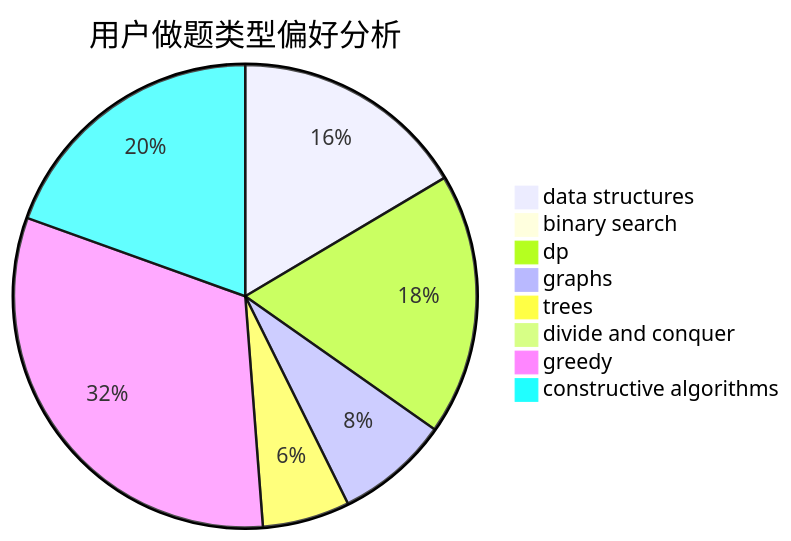
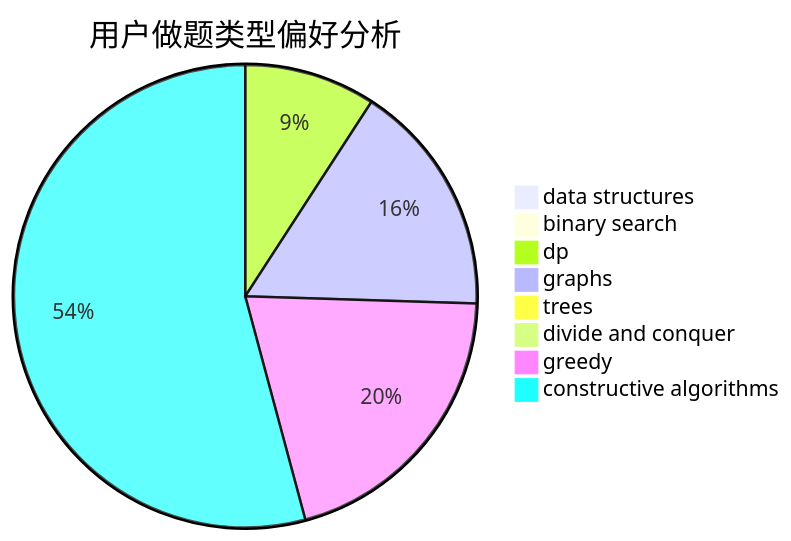
The second of 3 diagrams in docs/user/u1090.md (sherpahu/cfrs.github.io), drawn with Mermaid before and after one commit. The commit also changed other lines of this file and 2770 other files, not shown here.

````diff
--- a/docs/user/u1090.md
+++ b/docs/user/u1090.md
@@ -23,11 +23,11 @@
 ```mermaid
 pie title 用户做题类型偏好分析
-    "data structures" :  27
+    "data structures" :  0
     "binary search" :  0
-    "dp" :  30
-    "graphs" :  13
-    "trees" :  10
+    "dp" :  23
+    "graphs" :  41
+    "trees" :  0
     "divide and conquer" :  0
-    "greedy" :  52
-    "constructive algorithms" :  32
+    "greedy" :  51
+    "constructive algorithms" :  136
 ```
````
